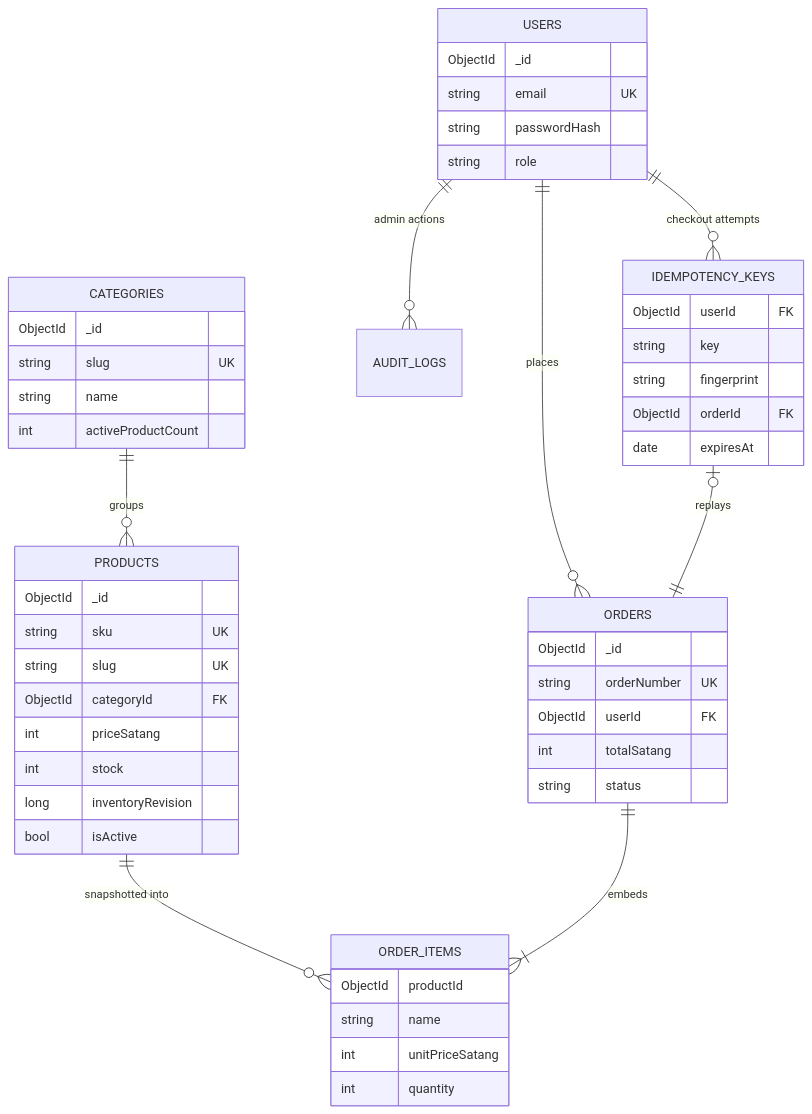
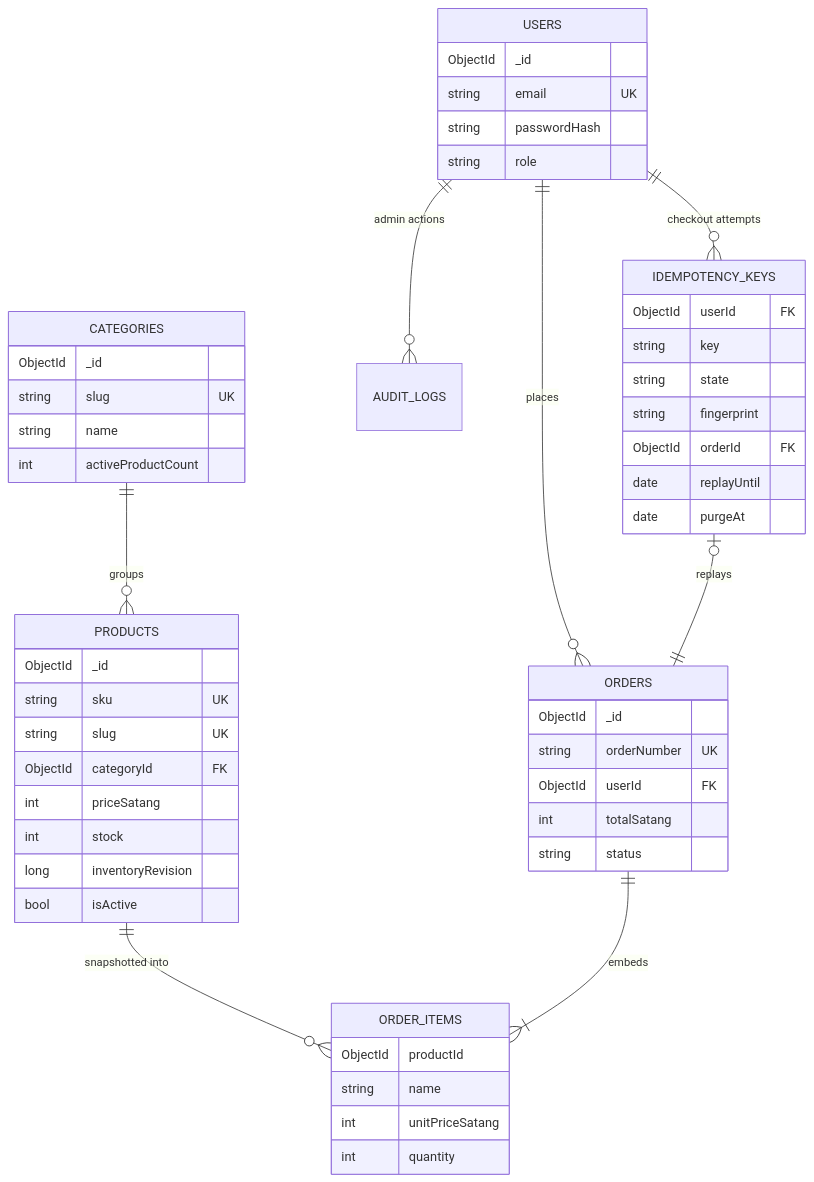
The diagram in docs/architecture/DATABASE_DESIGN.md (JameThaksin/it-peripheral-store), drawn with Mermaid before and after one commit. The commit also changed other lines of this file and 6 other files, not shown here.

````diff
--- a/docs/architecture/DATABASE_DESIGN.md
+++ b/docs/architecture/DATABASE_DESIGN.md
@@ -39,52 +39,54 @@
 ```mermaid
 erDiagram
   USERS ||--o{ ORDERS : places
   CATEGORIES ||--o{ PRODUCTS : groups
   PRODUCTS ||--o{ ORDER_ITEMS : "snapshotted into"
   ORDERS ||--|{ ORDER_ITEMS : embeds
   USERS ||--o{ AUDIT_LOGS : "admin actions"
   USERS ||--o{ IDEMPOTENCY_KEYS : "checkout attempts"
   IDEMPOTENCY_KEYS |o--|| ORDERS : "replays"
   USERS {
     ObjectId _id
     string email UK
     string passwordHash
     string role
   }
   CATEGORIES {
     ObjectId _id
     string slug UK
     string name
     int activeProductCount
   }
   PRODUCTS {
     ObjectId _id
     string sku UK
     string slug UK
     ObjectId categoryId FK
     int priceSatang
     int stock
     long inventoryRevision
     bool isActive
   }
   ORDERS {
     ObjectId _id
     string orderNumber UK
     ObjectId userId FK
     int totalSatang
     string status
   }
   IDEMPOTENCY_KEYS {
     ObjectId userId FK
     string key
+    string state
     string fingerprint
     ObjectId orderId FK
-    date expiresAt
+    date replayUntil
+    date purgeAt
   }
   ORDER_ITEMS {
     ObjectId productId
     string name
     int unitPriceSatang
     int quantity
   }
 ```
````
